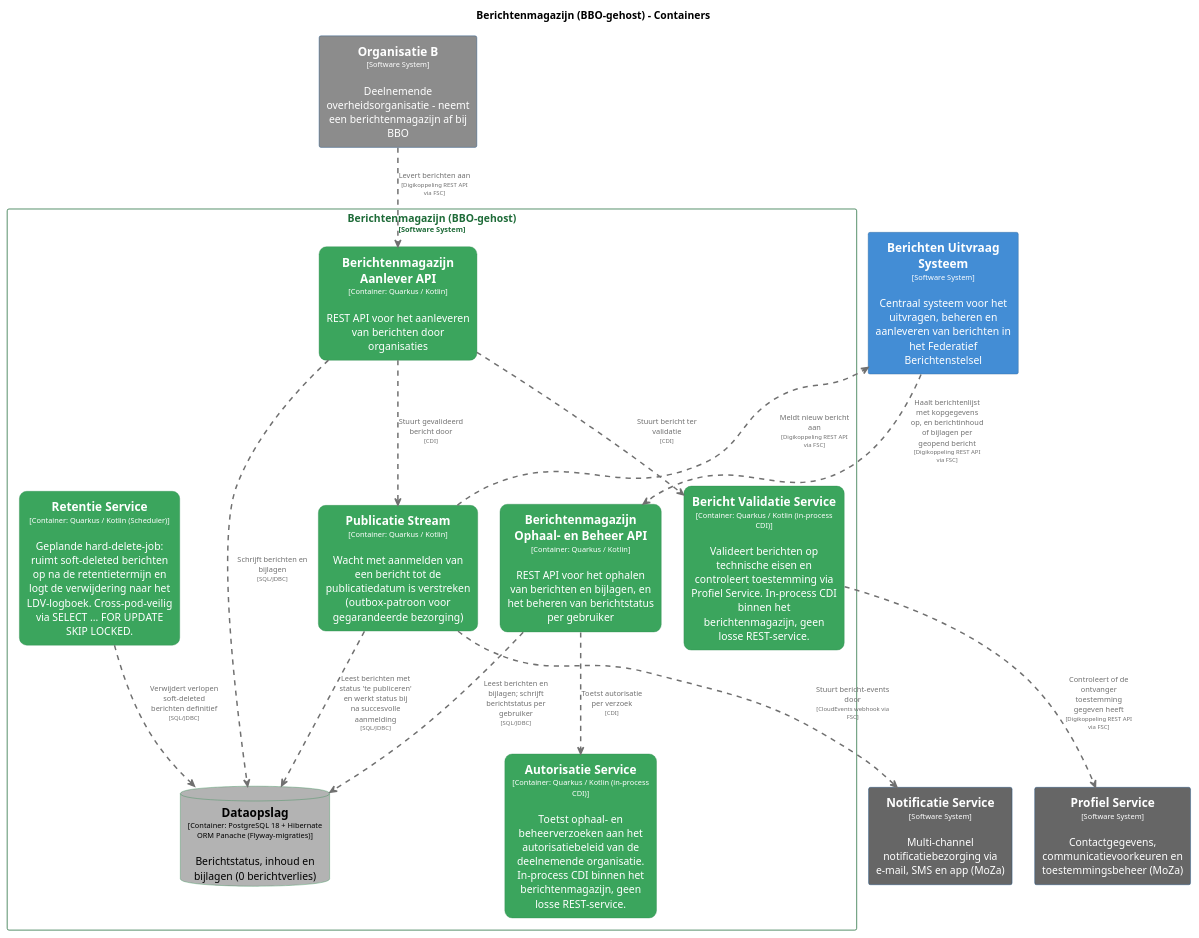
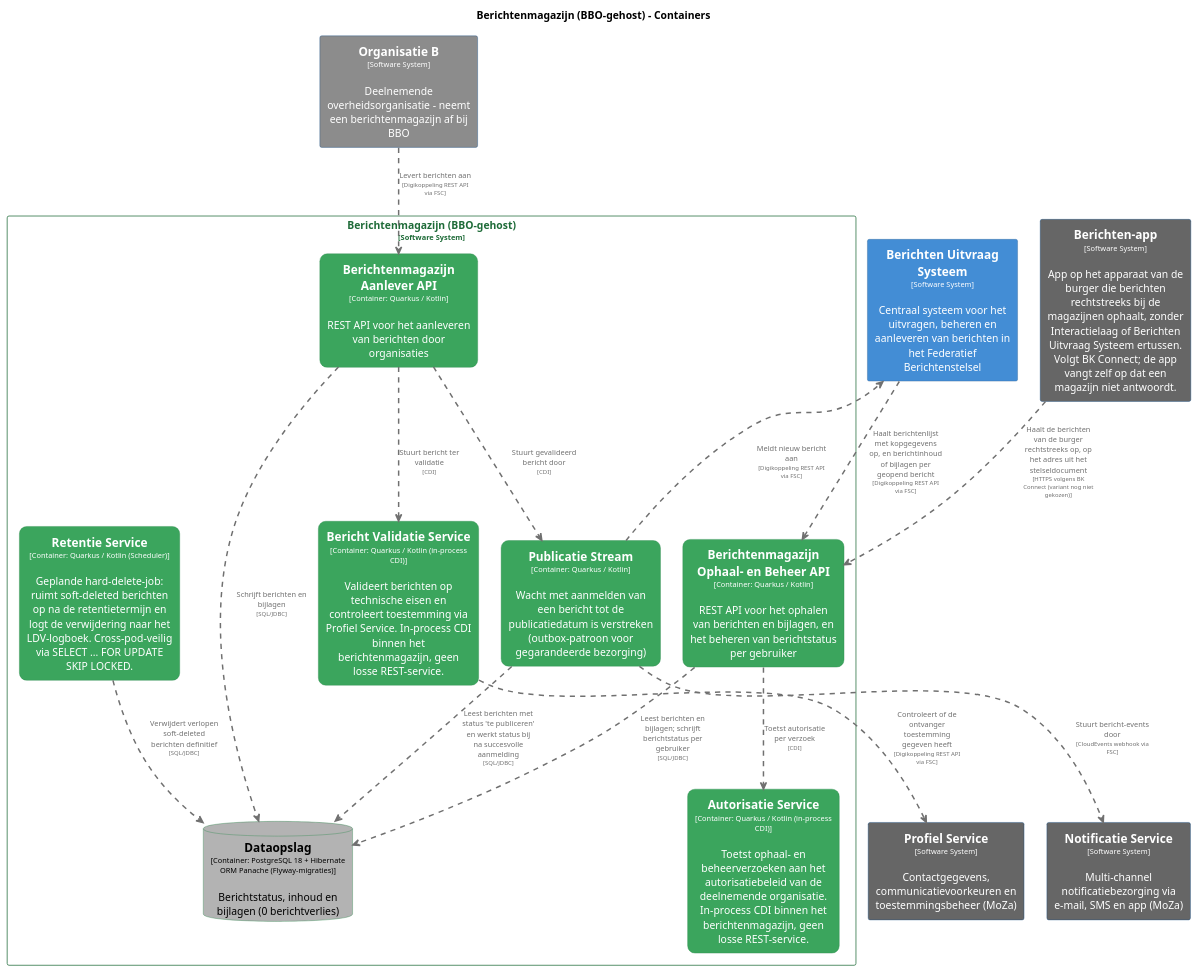
Before and after one commit to MinBZK/moza-poc-fbs-berichtenbox: the diagram in pr-preview/pr-361/master/puml/BerichtenmagazijnContainers.puml, drawn with PlantUML. The commit also changed 84 other files, not shown here.

```diff
--- a/pr-preview/pr-361/master/puml/BerichtenmagazijnContainers.puml
+++ b/pr-preview/pr-361/master/puml/BerichtenmagazijnContainers.puml
@@ -1,123 +1,131 @@
 @startuml
 set separator none
 title Berichtenmagazijn (BBO-gehost) - Containers
 
 top to bottom direction
 skinparam ranksep 60
 skinparam nodesep 30
 
 skinparam {
   arrowFontSize 10
   defaultTextAlignment center
   wrapWidth 200
   maxMessageSize 100
 }
 
 hide stereotype
 
 skinparam rectangle<<BerichtenmagazijnBBOgehost.AutorisatieService>> {
   BackgroundColor #3ba55d
   FontColor #ffffff
   BorderColor #2d8a4e
   roundCorner 20
   shadowing false
 }
 skinparam rectangle<<BerichtenmagazijnBBOgehost.BerichtValidatieService>> {
   BackgroundColor #3ba55d
   FontColor #ffffff
   BorderColor #2d8a4e
   roundCorner 20
   shadowing false
 }
 skinparam rectangle<<BerichtenUitvraagSysteem>> {
   BackgroundColor #438dd5
   FontColor #ffffff
   BorderColor #2e6295
+  shadowing false
+}
+skinparam rectangle<<Berichtenapp>> {
+  BackgroundColor #666666
+  FontColor #ffffff
+  BorderColor #0b4884
   shadowing false
 }
 skinparam rectangle<<BerichtenmagazijnBBOgehost.BerichtenmagazijnAanleverAPI>> {
   BackgroundColor #3ba55d
   FontColor #ffffff
   BorderColor #2d8a4e
   roundCorner 20
   shadowing false
 }
 skinparam rectangle<<BerichtenmagazijnBBOgehost.BerichtenmagazijnOphaalenBeheerAPI>> {
   BackgroundColor #3ba55d
   FontColor #ffffff
   BorderColor #2d8a4e
   roundCorner 20
   shadowing false
 }
 skinparam database<<BerichtenmagazijnBBOgehost.Dataopslag>> {
   BackgroundColor #b3b3b3
   FontColor #000000
   BorderColor #2d8a4e
   shadowing false
 }
 skinparam rectangle<<NotificatieService>> {
   BackgroundColor #666666
   FontColor #ffffff
   BorderColor #0b4884
   shadowing false
 }
 skinparam rectangle<<OrganisatieB>> {
   BackgroundColor #8c8c8c
   FontColor #ffffff
   BorderColor #0b4884
   shadowing false
 }
 skinparam rectangle<<ProfielService>> {
   BackgroundColor #666666
   FontColor #ffffff
   BorderColor #0b4884
   shadowing false
 }
 skinparam rectangle<<BerichtenmagazijnBBOgehost.PublicatieStream>> {
   BackgroundColor #3ba55d
   FontColor #ffffff
   BorderColor #2d8a4e
   roundCorner 20
   shadowing false
 }
 skinparam rectangle<<BerichtenmagazijnBBOgehost.RetentieService>> {
   BackgroundColor #3ba55d
   FontColor #ffffff
   BorderColor #2d8a4e
   roundCorner 20
   shadowing false
 }
 skinparam rectangle<<BerichtenmagazijnBBOgehost>> {
   BorderColor #1e6b38
   FontColor #1e6b38
   shadowing false
 }
 
 rectangle "==Profiel Service\n<size:10>[Software System]</size>\n\nContactgegevens, communicatievoorkeuren en toestemmingsbeheer (MoZa)" <<ProfielService>> as ProfielService
 rectangle "==Notificatie Service\n<size:10>[Software System]</size>\n\nMulti-channel notificatiebezorging via e-mail, SMS en app (MoZa)" <<NotificatieService>> as NotificatieService
 rectangle "==Organisatie B\n<size:10>[Software System]</size>\n\nDeelnemende overheidsorganisatie - neemt een berichtenmagazijn af bij BBO" <<OrganisatieB>> as OrganisatieB
 rectangle "==Berichten Uitvraag Systeem\n<size:10>[Software System]</size>\n\nCentraal systeem voor het uitvragen, beheren en aanleveren van berichten in het Federatief Berichtenstelsel" <<BerichtenUitvraagSysteem>> as BerichtenUitvraagSysteem
+rectangle "==Berichten-app\n<size:10>[Software System]</size>\n\nApp op het apparaat van de burger die berichten rechtstreeks bij de magazijnen ophaalt, zonder Interactielaag of Berichten Uitvraag Systeem ertussen. Volgt BK Connect; de app vangt zelf op dat een magazijn niet antwoordt." <<Berichtenapp>> as Berichtenapp
 
 rectangle "Berichtenmagazijn (BBO-gehost)\n<size:10>[Software System]</size>" <<BerichtenmagazijnBBOgehost>> {
   rectangle "==Berichtenmagazijn Ophaal- en Beheer API\n<size:10>[Container: Quarkus / Kotlin]</size>\n\nREST API voor het ophalen van berichten en bijlagen, en het beheren van berichtstatus per gebruiker" <<BerichtenmagazijnBBOgehost.BerichtenmagazijnOphaalenBeheerAPI>> as BerichtenmagazijnBBOgehost.BerichtenmagazijnOphaalenBeheerAPI
   rectangle "==Berichtenmagazijn Aanlever API\n<size:10>[Container: Quarkus / Kotlin]</size>\n\nREST API voor het aanleveren van berichten door organisaties" <<BerichtenmagazijnBBOgehost.BerichtenmagazijnAanleverAPI>> as BerichtenmagazijnBBOgehost.BerichtenmagazijnAanleverAPI
   database "==Dataopslag\n<size:10>[Container: PostgreSQL 18 + Hibernate ORM Panache (Flyway-migraties)]</size>\n\nBerichtstatus, inhoud en bijlagen (0 berichtverlies)" <<BerichtenmagazijnBBOgehost.Dataopslag>> as BerichtenmagazijnBBOgehost.Dataopslag
   rectangle "==Bericht Validatie Service\n<size:10>[Container: Quarkus / Kotlin (in-process CDI)]</size>\n\nValideert berichten op technische eisen en controleert toestemming via Profiel Service. In-process CDI binnen het berichtenmagazijn, geen losse REST-service." <<BerichtenmagazijnBBOgehost.BerichtValidatieService>> as BerichtenmagazijnBBOgehost.BerichtValidatieService
   rectangle "==Publicatie Stream\n<size:10>[Container: Quarkus / Kotlin]</size>\n\nWacht met aanmelden van een bericht tot de publicatiedatum is verstreken (outbox-patroon voor gegarandeerde bezorging)" <<BerichtenmagazijnBBOgehost.PublicatieStream>> as BerichtenmagazijnBBOgehost.PublicatieStream
   rectangle "==Autorisatie Service\n<size:10>[Container: Quarkus / Kotlin (in-process CDI)]</size>\n\nToetst ophaal- en beheerverzoeken aan het autorisatiebeleid van de deelnemende organisatie. In-process CDI binnen het berichtenmagazijn, geen losse REST-service." <<BerichtenmagazijnBBOgehost.AutorisatieService>> as BerichtenmagazijnBBOgehost.AutorisatieService
   rectangle "==Retentie Service\n<size:10>[Container: Quarkus / Kotlin (Scheduler)]</size>\n\nGeplande hard-delete-job: ruimt soft-deleted berichten op na de retentietermijn en logt de verwijdering naar het LDV-logboek. Cross-pod-veilig via SELECT ... FOR UPDATE SKIP LOCKED." <<BerichtenmagazijnBBOgehost.RetentieService>> as BerichtenmagazijnBBOgehost.RetentieService
 }
 
+Berichtenapp .[#707070,thickness=2].> BerichtenmagazijnBBOgehost.BerichtenmagazijnOphaalenBeheerAPI : "<color:#707070>Haalt de berichten van de burger rechtstreeks op, op het adres uit het stelseldocument\n<color:#707070><size:8>[HTTPS volgens BK Connect (variant nog niet gekozen)]</size>"
 BerichtenUitvraagSysteem .[#707070,thickness=2].> BerichtenmagazijnBBOgehost.BerichtenmagazijnOphaalenBeheerAPI : "<color:#707070>Haalt berichtenlijst met kopgegevens op, en berichtinhoud of bijlagen per geopend bericht\n<color:#707070><size:8>[Digikoppeling REST API via FSC]</size>"
 BerichtenmagazijnBBOgehost.PublicatieStream .[#707070,thickness=2].> BerichtenUitvraagSysteem : "<color:#707070>Meldt nieuw bericht aan\n<color:#707070><size:8>[Digikoppeling REST API via FSC]</size>"
 BerichtenmagazijnBBOgehost.PublicatieStream .[#707070,thickness=2].> NotificatieService : "<color:#707070>Stuurt bericht-events door\n<color:#707070><size:8>[CloudEvents webhook via FSC]</size>"
 OrganisatieB .[#707070,thickness=2].> BerichtenmagazijnBBOgehost.BerichtenmagazijnAanleverAPI : "<color:#707070>Levert berichten aan\n<color:#707070><size:8>[Digikoppeling REST API via FSC]</size>"
 BerichtenmagazijnBBOgehost.BerichtValidatieService .[#707070,thickness=2].> ProfielService : "<color:#707070>Controleert of de ontvanger toestemming gegeven heeft\n<color:#707070><size:8>[Digikoppeling REST API via FSC]</size>"
 BerichtenmagazijnBBOgehost.BerichtenmagazijnOphaalenBeheerAPI .[#707070,thickness=2].> BerichtenmagazijnBBOgehost.Dataopslag : "<color:#707070>Leest berichten en bijlagen; schrijft berichtstatus per gebruiker\n<color:#707070><size:8>[SQL/JDBC]</size>"
 BerichtenmagazijnBBOgehost.BerichtenmagazijnAanleverAPI .[#707070,thickness=2].> BerichtenmagazijnBBOgehost.Dataopslag : "<color:#707070>Schrijft berichten en bijlagen\n<color:#707070><size:8>[SQL/JDBC]</size>"
 BerichtenmagazijnBBOgehost.BerichtenmagazijnAanleverAPI .[#707070,thickness=2].> BerichtenmagazijnBBOgehost.BerichtValidatieService : "<color:#707070>Stuurt bericht ter validatie\n<color:#707070><size:8>[CDI]</size>"
 BerichtenmagazijnBBOgehost.BerichtenmagazijnAanleverAPI .[#707070,thickness=2].> BerichtenmagazijnBBOgehost.PublicatieStream : "<color:#707070>Stuurt gevalideerd bericht door\n<color:#707070><size:8>[CDI]</size>"
 BerichtenmagazijnBBOgehost.PublicatieStream .[#707070,thickness=2].> BerichtenmagazijnBBOgehost.Dataopslag : "<color:#707070>Leest berichten met status 'te publiceren' en werkt status bij na succesvolle aanmelding\n<color:#707070><size:8>[SQL/JDBC]</size>"
 BerichtenmagazijnBBOgehost.BerichtenmagazijnOphaalenBeheerAPI .[#707070,thickness=2].> BerichtenmagazijnBBOgehost.AutorisatieService : "<color:#707070>Toetst autorisatie per verzoek\n<color:#707070><size:8>[CDI]</size>"
 BerichtenmagazijnBBOgehost.RetentieService .[#707070,thickness=2].> BerichtenmagazijnBBOgehost.Dataopslag : "<color:#707070>Verwijdert verlopen soft-deleted berichten definitief\n<color:#707070><size:8>[SQL/JDBC]</size>"
 @enduml
```
